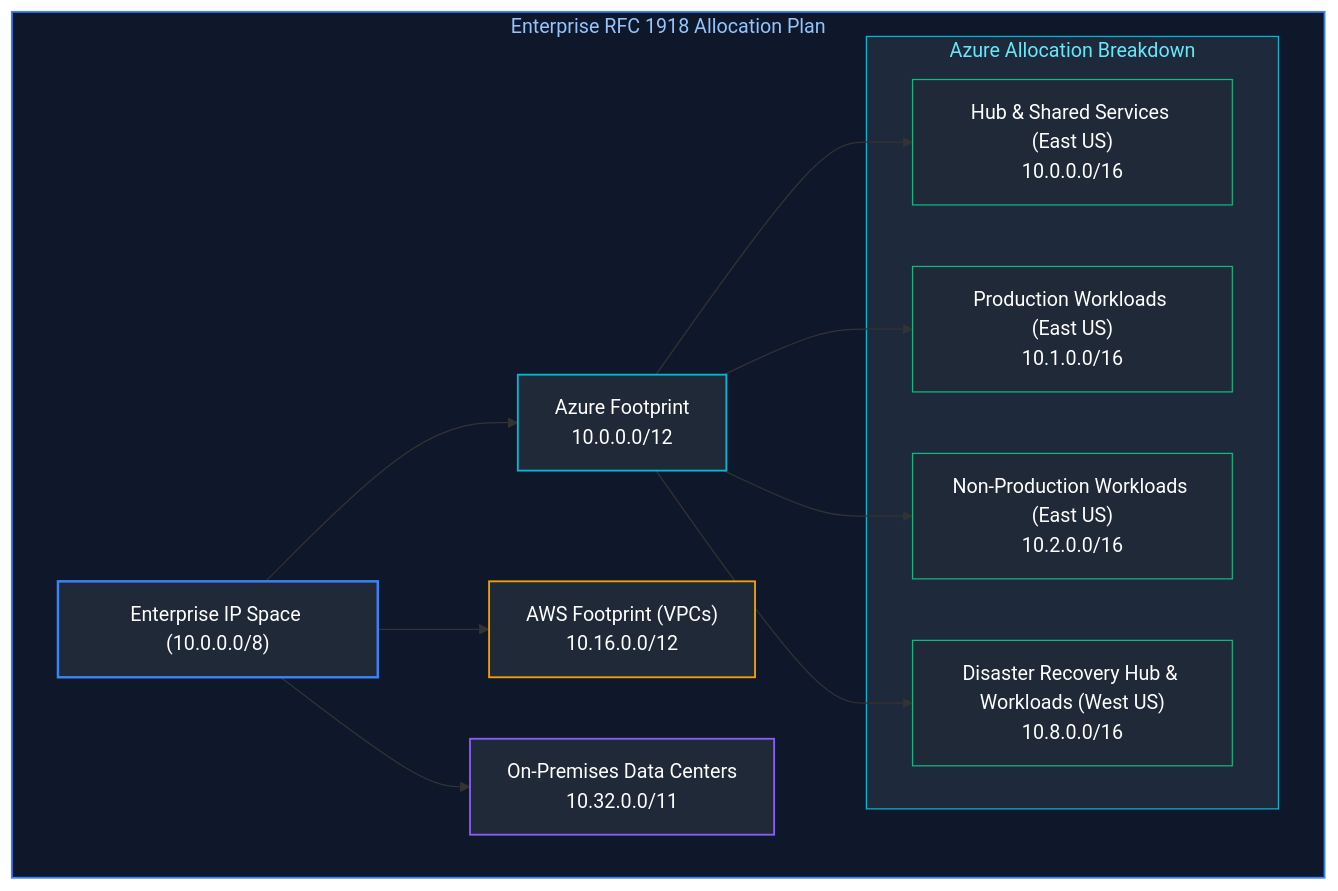
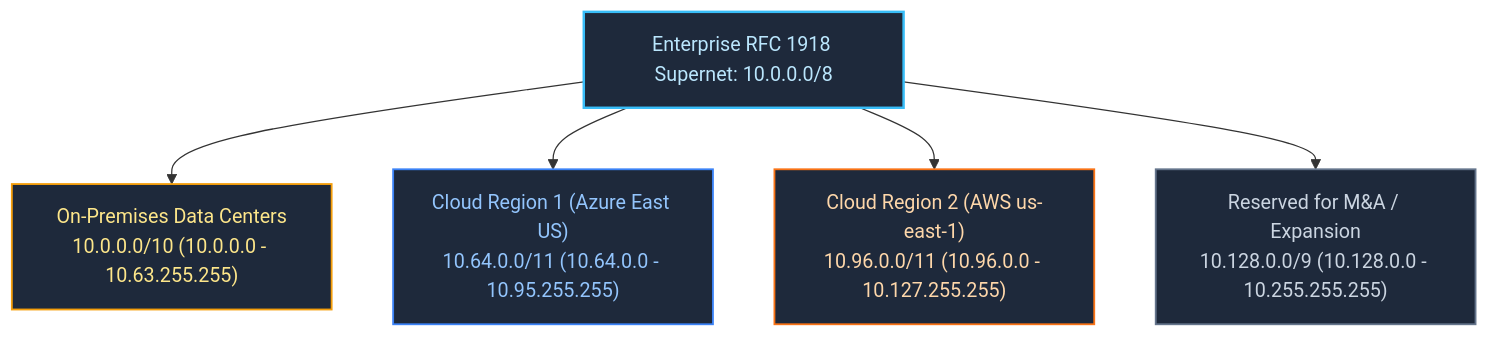
Before and after one commit to joydeep-biswas/Interview-Preparation: the third of 13 diagrams in Cloud Engineering/05_cloud_networking_and_infrastructure_design.md, drawn with Mermaid. The commit also changed other lines of this file and 143 other files, not shown here.

````diff
--- a/Cloud Engineering/05_cloud_networking_and_infrastructure_design.md
+++ b/Cloud Engineering/05_cloud_networking_and_infrastructure_design.md
@@ -97,36 +159,20 @@
 ```mermaid
 flowchart TD
-    subgraph Allocation ["Enterprise RFC 1918 Allocation Plan"]
-        Root["Enterprise IP Space (10.0.0.0/8)"]
-        Azure["Azure Footprint<br/>10.0.0.0/12"]
-        AWS["AWS Footprint (VPCs)<br/>10.16.0.0/12"]
-        OnPrem["On-Premises Data Centers<br/>10.32.0.0/11"]
+    EnterpriseRoot["Enterprise RFC 1918 Supernet: 10.0.0.0/8"]
+    
+    DataCenters["On-Premises Data Centers<br/>10.0.0.0/10 (10.0.0.0 - 10.63.255.255)"]
+    CloudAzure["Cloud Region 1 (Azure East US)<br/>10.64.0.0/11 (10.64.0.0 - 10.95.255.255)"]
+    CloudAWS["Cloud Region 2 (AWS us-east-1)<br/>10.96.0.0/11 (10.96.0.0 - 10.127.255.255)"]
+    FutureAlloc["Reserved for M&A / Expansion<br/>10.128.0.0/9 (10.128.0.0 - 10.255.255.255)"]
 
-        Root --> Azure
-        Root --> AWS
-        Root --> OnPrem
+    EnterpriseRoot --> DataCenters
+    EnterpriseRoot --> CloudAzure
+    EnterpriseRoot --> CloudAWS
+    EnterpriseRoot --> FutureAlloc
 
-        subgraph AzureSubnets ["Azure Allocation Breakdown"]
-            Hub["Hub & Shared Services (East US)<br/>10.0.0.0/16"]
-            Prod["Production Workloads (East US)<br/>10.1.0.0/16"]
-            NonProd["Non-Production Workloads (East US)<br/>10.2.0.0/16"]
-            DR["Disaster Recovery Hub & Workloads (West US)<br/>10.8.0.0/16"]
-        end
-
-        Azure --> Hub
-        Azure --> Prod
-        Azure --> NonProd
-        Azure --> DR
-    end
-
-    style Allocation fill:#0f172a,stroke:#3b82f6,stroke-width:1.5px,color:#93c5fd
-    style AzureSubnets fill:#1e293b,stroke:#06b6d4,stroke-width:1px,color:#67e8f9
-    style Root fill:#1f2937,stroke:#3b82f6,stroke-width:2px,color:#fff
-    style Azure fill:#1f2937,stroke:#06b6d4,stroke-width:1.5px,color:#fff
-    style AWS fill:#1f2937,stroke:#f59e0b,stroke-width:1.5px,color:#fff
-    style OnPrem fill:#1f2937,stroke:#8b5cf6,stroke-width:1.5px,color:#fff
-    style Hub fill:#1f2937,stroke:#10b981,stroke-width:1px,color:#fff
-    style Prod fill:#1f2937,stroke:#10b981,stroke-width:1px,color:#fff
-    style NonProd fill:#1f2937,stroke:#10b981,stroke-width:1px,color:#fff
-    style DR fill:#1f2937,stroke:#10b981,stroke-width:1px,color:#fff
+    style EnterpriseRoot fill:#1e293b,stroke:#38bdf8,stroke-width:2px,color:#bae6fd
+    style DataCenters fill:#1e293b,stroke:#f59e0b,stroke-width:1.5px,color:#fde68a
+    style CloudAzure fill:#1e293b,stroke:#3b82f6,stroke-width:1.5px,color:#93c5fd
+    style CloudAWS fill:#1e293b,stroke:#f97316,stroke-width:1.5px,color:#fed7aa
+    style FutureAlloc fill:#1e293b,stroke:#64748b,stroke-width:1.5px,color:#cbd5e1
 ```
````
